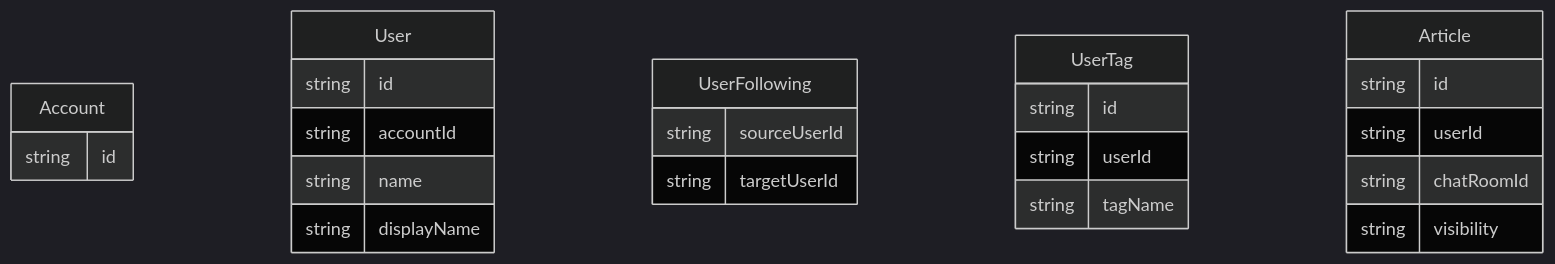
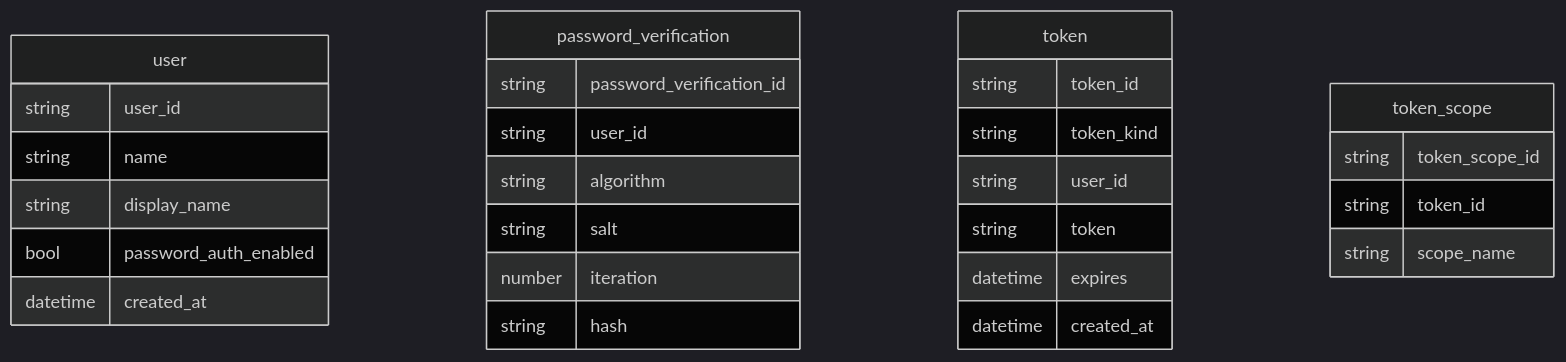
One commit to frost-community/frost changed the first of 8 diagrams in backend/docs/db.md. Above: the diagram before and after it, drawn with Mermaid (dark theme). The commit also changed other lines of this file, not shown here.

````diff
--- a/backend/docs/db.md
+++ b/backend/docs/db.md
@@ -3,31 +3,34 @@
 ```mermaid
 erDiagram
-  Account {
-    string id
+  user {
+    string user_id
+    string name
+    string display_name
+    bool password_auth_enabled
+    datetime created_at
   }
 
-  User {
-    string id
-    string accountId
-    string name
-    string displayName
+  password_verification {
+    string password_verification_id
+    string user_id
+    string algorithm
+    string salt
+    number iteration
+    string hash
   }
 
-  UserFollowing {
-    string sourceUserId
-    string targetUserId
+  token {
+    string token_id
+    string token_kind
+    string user_id
+    string token
+    datetime expires
+    datetime created_at
   }
 
-  UserTag {
-    string id
-    string userId
-    string tagName
-  }
-
-  Article {
-    string id
-    string userId
-    string chatRoomId
-    string visibility
+  token_scope {
+    string token_scope_id
+    string token_id
+    string scope_name
   }
 ```
````
